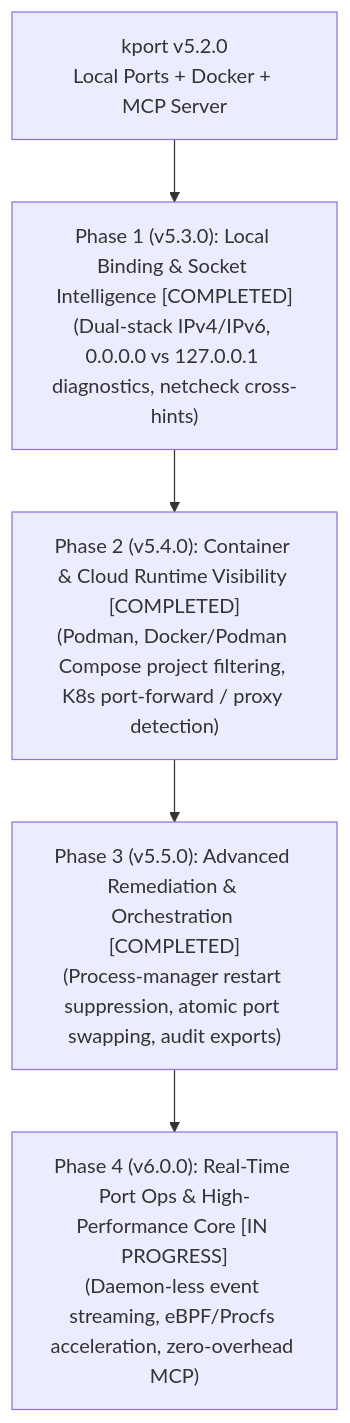
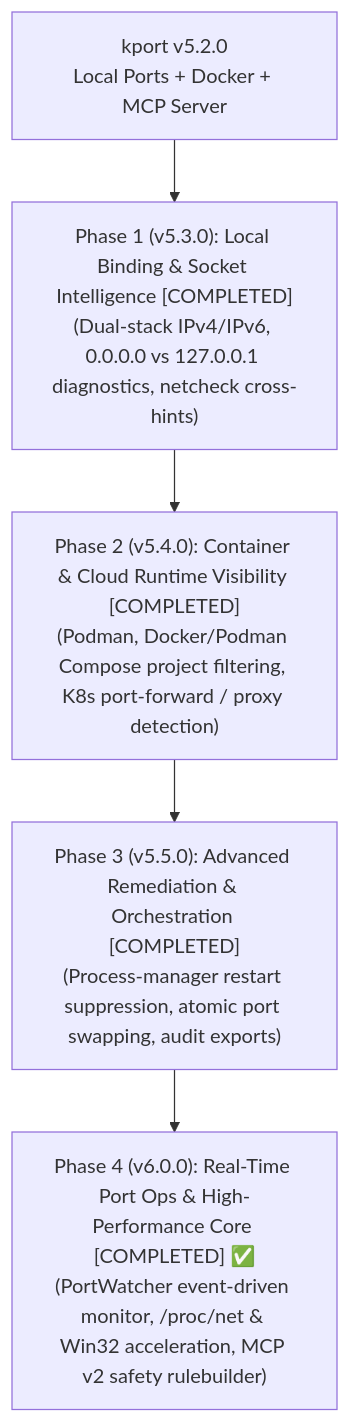
The diagram in ROADMAP.md (farman20ali/kport), drawn with Mermaid before and after one commit. The commit also changed other lines of this file and 8 other files, not shown here.

Commit message:
feat: complete Phase 4 - event-driven PortWatcher, Win32/proc acceleration, MCP v2 safety rulebuilder

````diff
--- a/ROADMAP.md
+++ b/ROADMAP.md
@@ -76,7 +76,7 @@
 ```mermaid
 flowchart TD
     Current["kport v5.2.0\nLocal Ports + Docker + MCP Server"] --> Phase1["Phase 1 (v5.3.0): Local Binding & Socket Intelligence [COMPLETED]\n(Dual-stack IPv4/IPv6, 0.0.0.0 vs 127.0.0.1 diagnostics, netcheck cross-hints)"]
     Phase1 --> Phase2["Phase 2 (v5.4.0): Container & Cloud Runtime Visibility [COMPLETED]\n(Podman, Docker/Podman Compose project filtering, K8s port-forward / proxy detection)"]
     Phase2 --> Phase3["Phase 3 (v5.5.0): Advanced Remediation & Orchestration [COMPLETED]\n(Process-manager restart suppression, atomic port swapping, audit exports)"]
-    Phase3 --> Phase4["Phase 4 (v6.0.0): Real-Time Port Ops & High-Performance Core [IN PROGRESS]\n(Daemon-less event streaming, eBPF/Procfs acceleration, zero-overhead MCP)"]
+    Phase3 --> Phase4["Phase 4 (v6.0.0): Real-Time Port Ops & High-Performance Core [COMPLETED] ✅\n(PortWatcher event-driven monitor, /proc/net & Win32 acceleration, MCP v2 safety rulebuilder)"]
 ```
````
